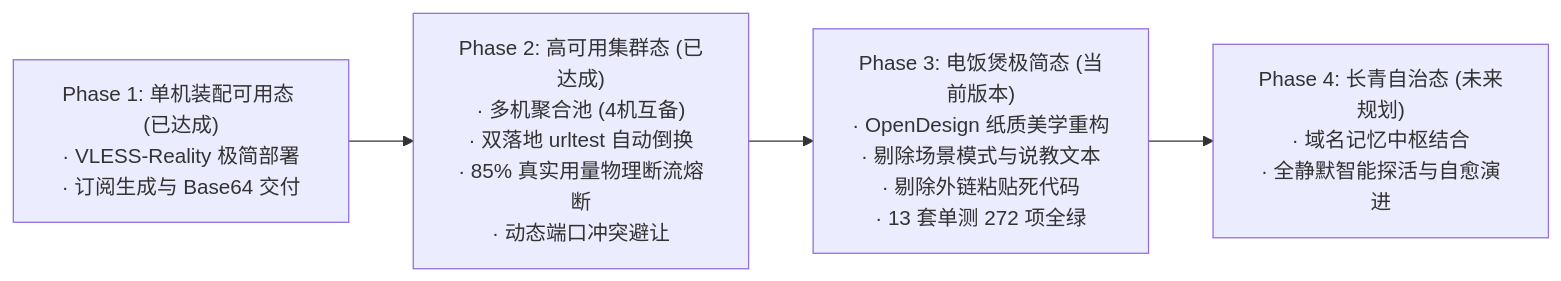
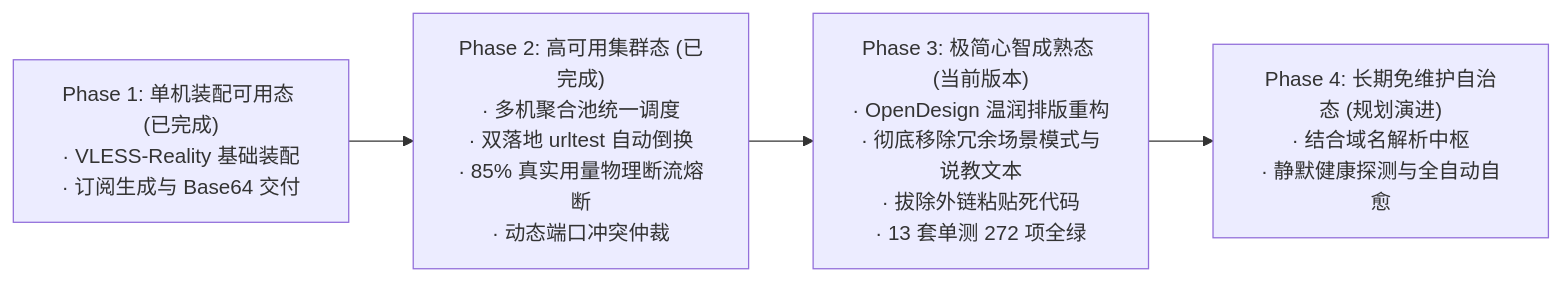
Before and after one commit to AdgaiWalker/VPN-OwnLine: the third of 3 diagrams in docs/核心文档/02-产品规划-产品定位与全流程规划白皮书.md, drawn with Mermaid. The commit also changed other lines of this file and 2 other files, not shown here.

````diff
--- a/docs/核心文档/02-产品规划-产品定位与全流程规划白皮书.md
+++ b/docs/核心文档/02-产品规划-产品定位与全流程规划白皮书.md
@@ -113,9 +111,9 @@
 ```mermaid
 flowchart LR
-    P1["Phase 1: 单机装配可用态 (已达成)<br/>· VLESS-Reality 极简部署<br/>· 订阅生成与 Base64 交付"]
-    P2["Phase 2: 高可用集群态 (已达成)<br/>· 多机聚合池 (4机互备)<br/>· 双落地 urltest 自动倒换<br/>· 85% 真实用量物理断流熔断<br/>· 动态端口冲突避让"]
-    P3["Phase 3: 电饭煲极简态 (当前版本)<br/>· OpenDesign 纸质美学重构<br/>· 剔除场景模式与说教文本<br/>· 剔除外链粘贴死代码<br/>· 13 套单测 272 项全绿"]
-    P4["Phase 4: 长青自治态 (未来规划)<br/>· 域名记忆中枢结合<br/>· 全静默智能探活与自愈演进"]
+    P1["Phase 1: 单机装配可用态 (已完成)<br/>· VLESS-Reality 基础装配<br/>· 订阅生成与 Base64 交付"]
+    P2["Phase 2: 高可用集群态 (已完成)<br/>· 多机聚合池统一调度<br/>· 双落地 urltest 自动倒换<br/>· 85% 真实用量物理断流熔断<br/>· 动态端口冲突仲裁"]
+    P3["Phase 3: 极简心智成熟态 (当前版本)<br/>· OpenDesign 温润排版重构<br/>· 彻底移除冗余场景模式与说教文本<br/>· 拔除外链粘贴死代码<br/>· 13 套单测 272 项全绿"]
+    P4["Phase 4: 长期免维护自治态 (规划演进)<br/>· 结合域名解析中枢<br/>· 静默健康探测与全自动自愈"]
 
     P1 --> P2 --> P3 --> P4
 ```
````
